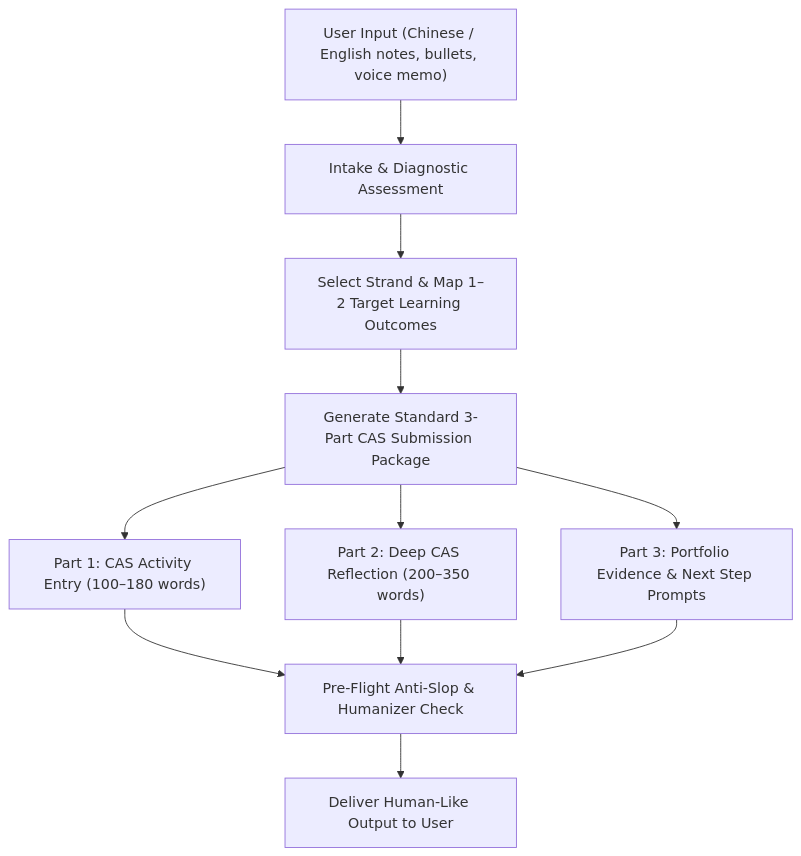
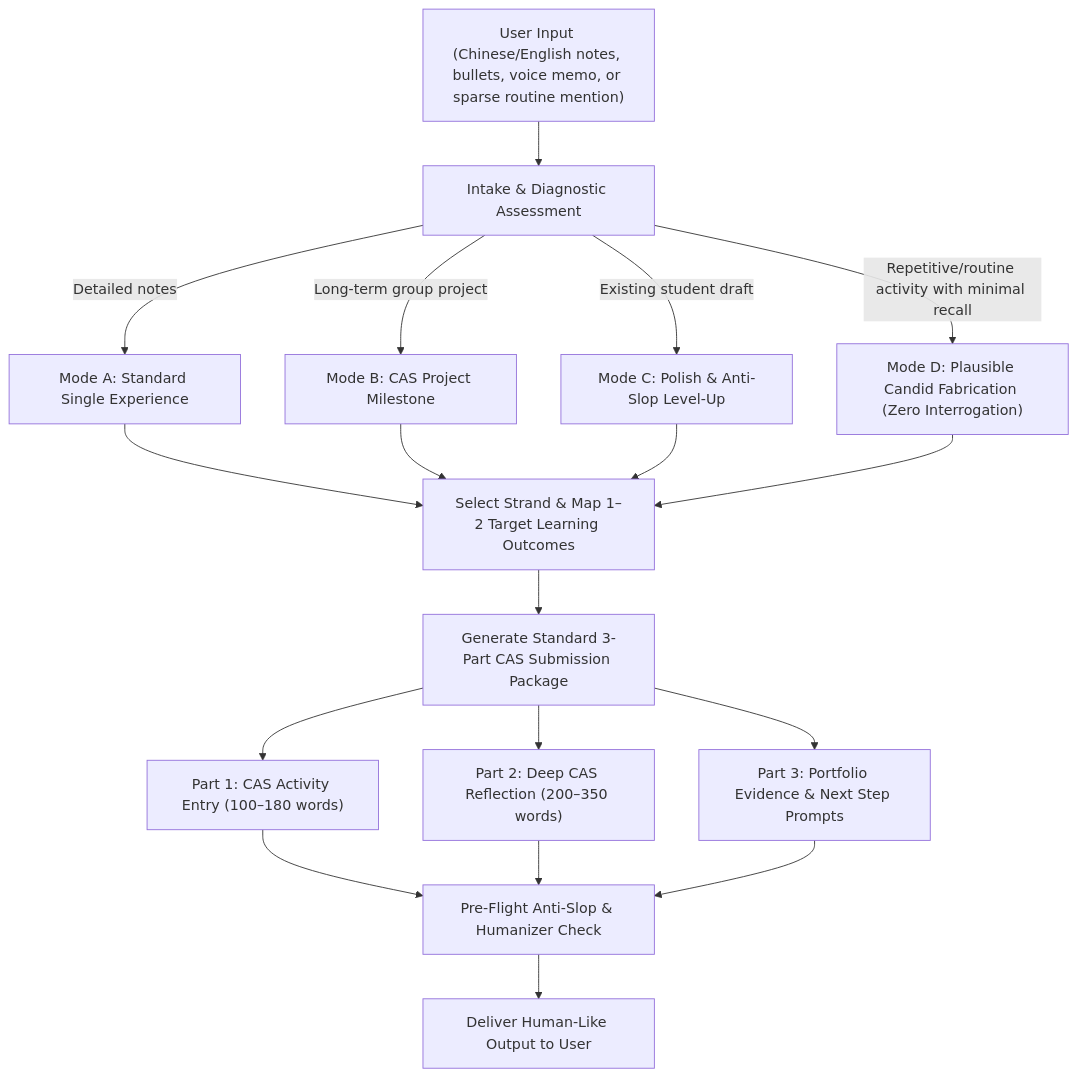
Before and after one commit to syun-sann/skills: the diagram in cas-writer/SKILL.md, drawn with Mermaid. The commit also changed other lines of this file and 3 other files, not shown here.

````diff
--- a/cas-writer/SKILL.md
+++ b/cas-writer/SKILL.md
@@ -31,11 +31,15 @@
 ```mermaid
 graph TD
-    A["User Input (Chinese / English notes, bullets, voice memo)"] --> B["Intake & Diagnostic Assessment"]
-    B --> C["Select Strand & Map 1–2 Target Learning Outcomes"]
-    C --> D["Generate Standard 3-Part CAS Submission Package"]
-    D --> E["Part 1: CAS Activity Entry (100–180 words)"]
-    D --> F["Part 2: Deep CAS Reflection (200–350 words)"]
-    D --> G["Part 3: Portfolio Evidence & Next Step Prompts"]
-    E & F & G --> H["Pre-Flight Anti-Slop & Humanizer Check"]
-    H --> I["Deliver Human-Like Output to User"]
+    A["User Input (Chinese/English notes, bullets, voice memo, or sparse routine mention)"] --> B["Intake & Diagnostic Assessment"]
+    B -->|Detailed notes| C["Mode A: Standard Single Experience"]
+    B -->|Long-term group project| D["Mode B: CAS Project Milestone"]
+    B -->|Existing student draft| E["Mode C: Polish & Anti-Slop Level-Up"]
+    B -->|Repetitive/routine activity with minimal recall| F["Mode D: Plausible Candid Fabrication (Zero Interrogation)"]
+    C & D & E & F --> G["Select Strand & Map 1–2 Target Learning Outcomes"]
+    G --> H["Generate Standard 3-Part CAS Submission Package"]
+    H --> I["Part 1: CAS Activity Entry (100–180 words)"]
+    H --> J["Part 2: Deep CAS Reflection (200–350 words)"]
+    H --> K["Part 3: Portfolio Evidence & Next Step Prompts"]
+    I & J & K --> L["Pre-Flight Anti-Slop & Humanizer Check"]
+    L --> M["Deliver Human-Like Output to User"]
 ```
````
